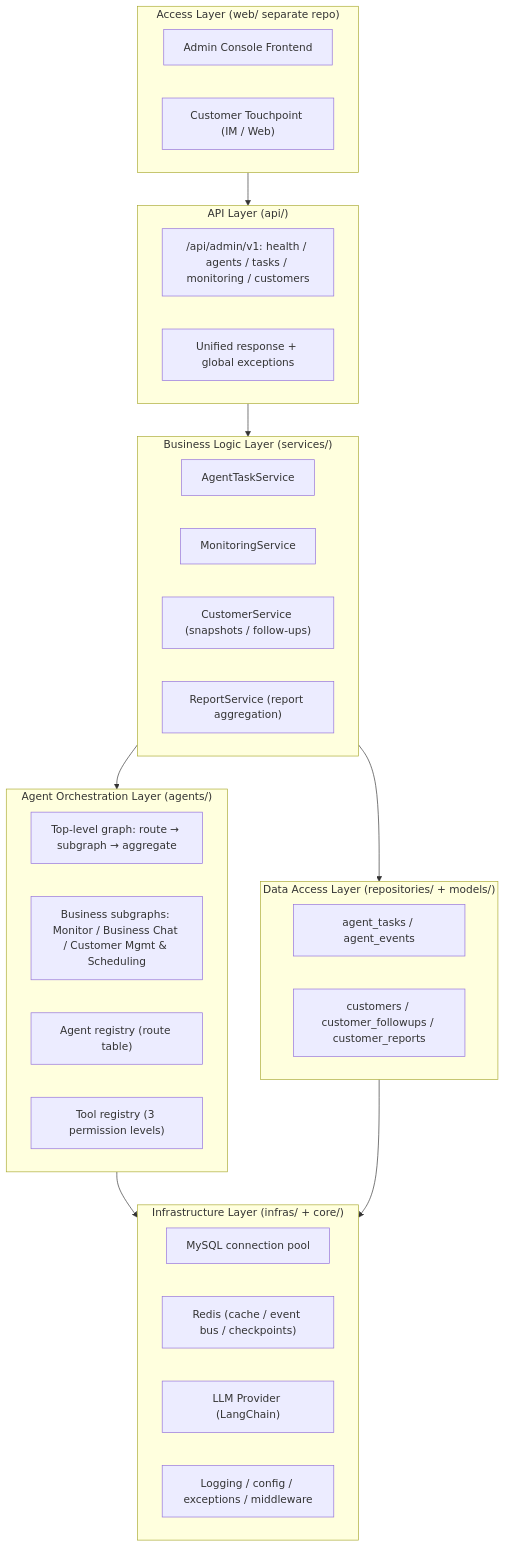
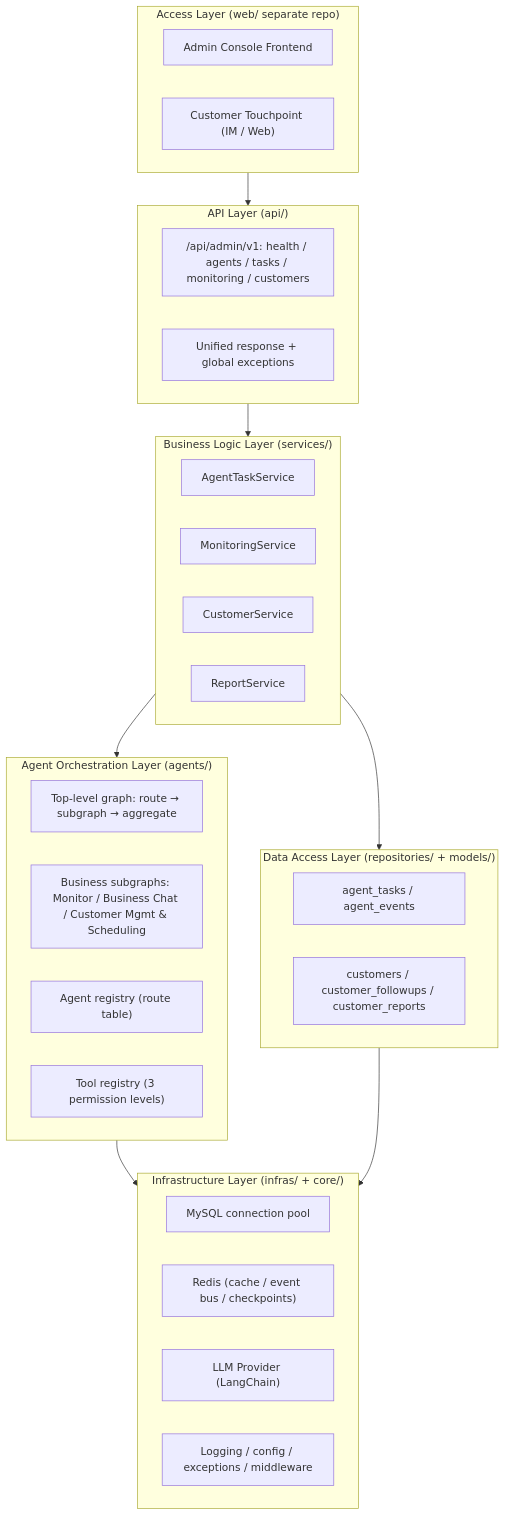
One commit to chain-engine/x-BeiChen changed the first of 4 diagrams in server/README.en.md. Above: the diagram before and after it, drawn with Mermaid. The commit also changed 8 other files, not shown here.

````diff
--- a/server/README.en.md
+++ b/server/README.en.md
@@ -207,43 +207,43 @@
 ```mermaid
 flowchart TB
     subgraph Web["Access Layer (web/ separate repo)"]
         W1["Admin Console Frontend"]
         W2["Customer Touchpoint (IM / Web)"]
     end
 
     subgraph API["API Layer (api/)"]
         A1["/api/admin/v1: health / agents / tasks / monitoring / customers"]
         A2["Unified response + global exceptions"]
     end
 
     subgraph ORCH["Agent Orchestration Layer (agents/)"]
         C1["Top-level graph: route → subgraph → aggregate"]
         C2["Business subgraphs: Monitor / Business Chat / Customer Mgmt & Scheduling"]
         C3["Agent registry (route table)"]
         C4["Tool registry (3 permission levels)"]
     end
 
     subgraph BIZ["Business Logic Layer (services/)"]
         D1["AgentTaskService"]
         D2["MonitoringService"]
-        D3["CustomerService (snapshots / follow-ups)"]
-        D4["ReportService (report aggregation)"]
+        D3["CustomerService"]
+        D4["ReportService"]
     end
 
     subgraph DATA["Data Access Layer (repositories/ + models/)"]
         E1["agent_tasks / agent_events"]
         E2["customers / customer_followups / customer_reports"]
     end
 
     subgraph INFRA["Infrastructure Layer (infras/ + core/)"]
         F1["MySQL connection pool"]
         F2["Redis (cache / event bus / checkpoints)"]
         F3["LLM Provider (LangChain)"]
         F4["Logging / config / exceptions / middleware"]
     end
 
     Web --> API --> BIZ --> DATA
     BIZ --> ORCH
     ORCH --> INFRA
     DATA --> INFRA
 ```
````
